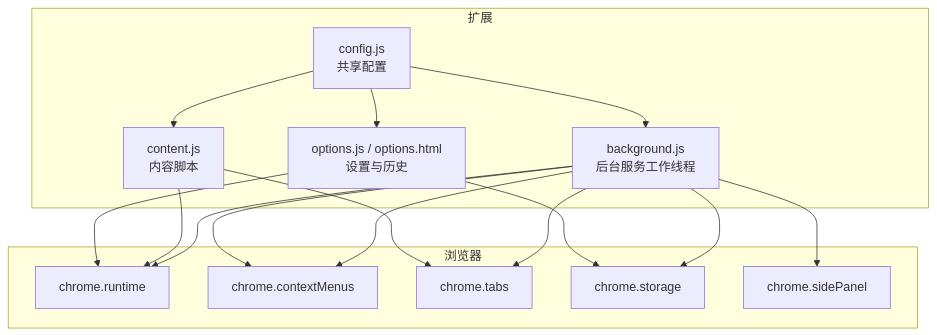
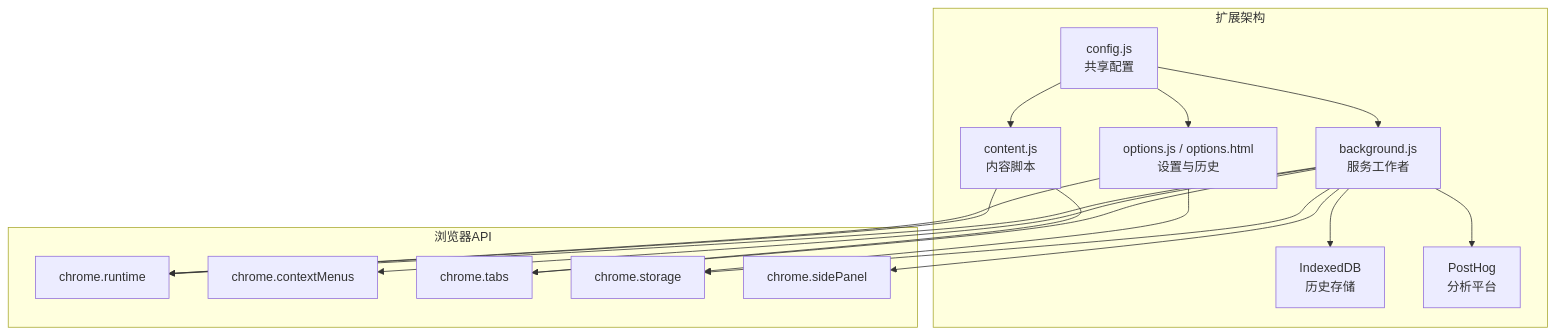
Before and after one commit to binasi/Img2Prompt: the first of 5 diagrams in .qoder/repowiki/zh/content/技术架构/核心模块分析/后台服务模块 (background.js).md, drawn with Mermaid. The commit also changed other lines of this file and 9 other files, not shown here.

````diff
--- a/.qoder/repowiki/zh/content/技术架构/核心模块分析/后台服务模块 (background.js).md
+++ b/.qoder/repowiki/zh/content/技术架构/核心模块分析/后台服务模块 (background.js).md
@@ -43,29 +54,32 @@
 ```mermaid
 graph TB
-subgraph "扩展"
-BG["background.js<br/>后台服务工作线程"]
+subgraph "扩展架构"
+SW["background.js<br/>服务工作者"]
 CS["content.js<br/>内容脚本"]
 CFG["config.js<br/>共享配置"]
 OPT["options.js / options.html<br/>设置与历史"]
+IDB["IndexedDB<br/>历史存储"]
+PH["PostHog<br/>分析平台"]
 end
-subgraph "浏览器"
+subgraph "浏览器API"
 RT["chrome.runtime"]
 CM["chrome.contextMenus"]
 TAB["chrome.tabs"]
 ST["chrome.storage"]
 SP["chrome.sidePanel"]
 end
-BG --> RT
-BG --> CM
-BG --> ST
-BG --> SP
-BG --> TAB
-BG --> CM
+SW --> RT
+SW --> CM
+SW --> ST
+SW --> SP
+SW --> TAB
+SW --> IDB
+SW --> PH
 CS --> RT
 CS --> TAB
 OPT --> ST
 OPT --> RT
-CFG --> BG
+CFG --> SW
 CFG --> CS
 CFG --> OPT
 ```
````
